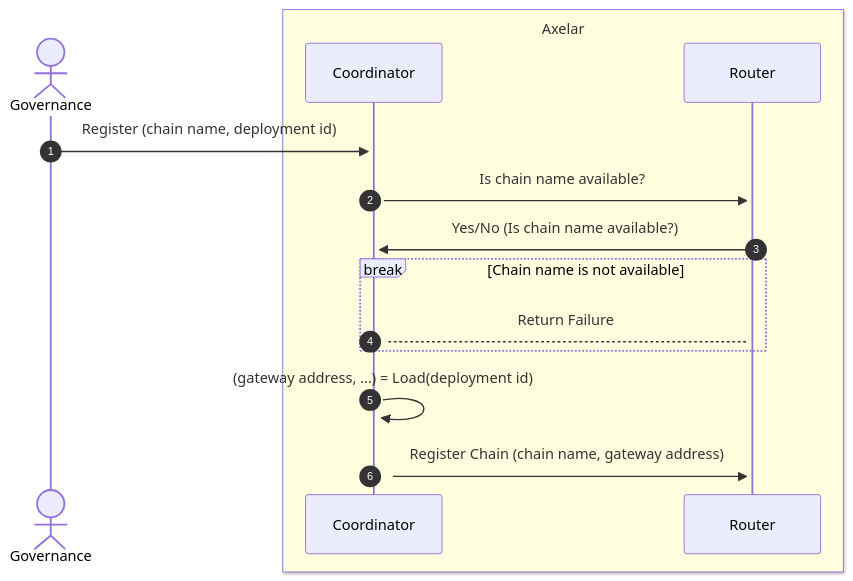
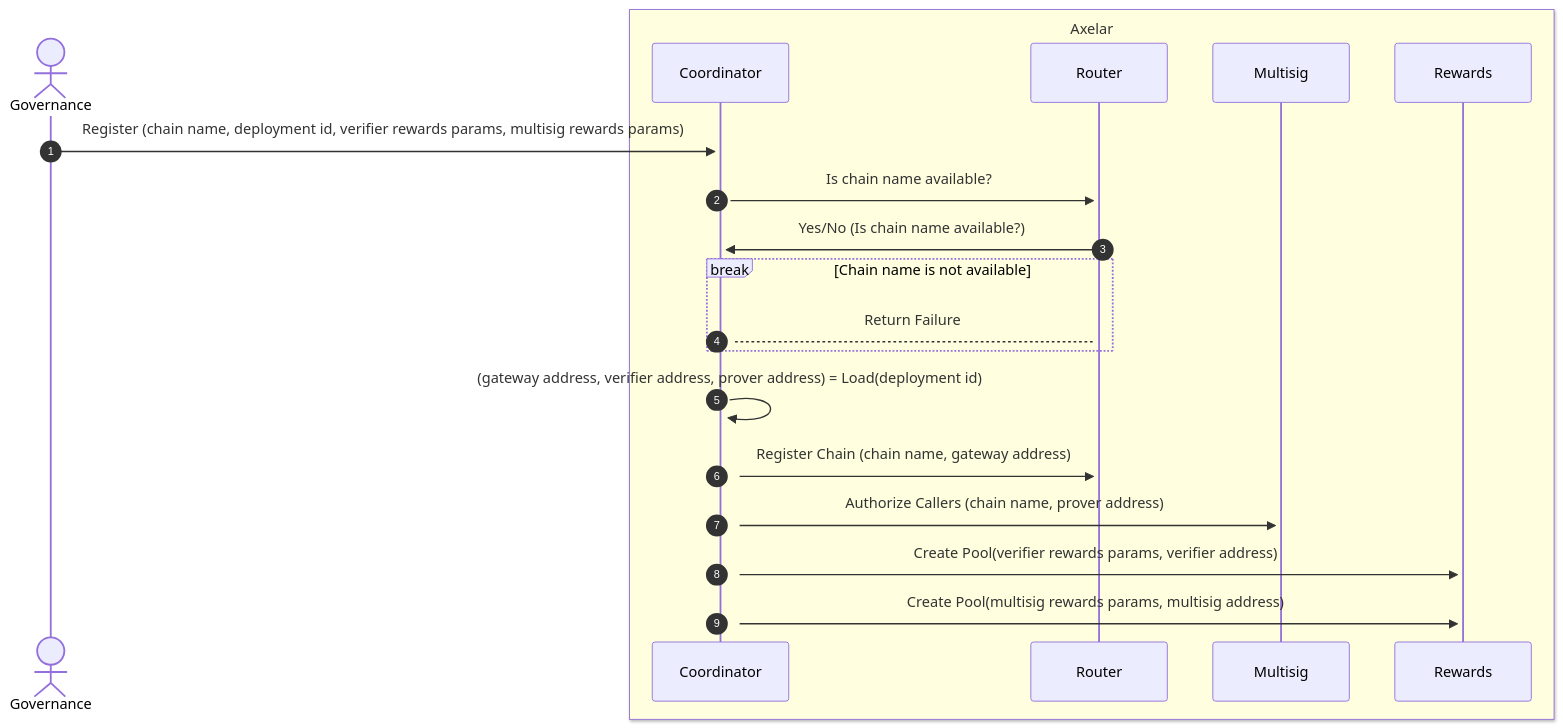
Before and after one commit to axelarnetwork/arcs: the second of 2 diagrams in arc-8.md, drawn with Mermaid. The commit also changed other lines of this file, not shown here.

Commit message:
incorperate multisig and rewards proposals

````diff
--- a/arc-8.md
+++ b/arc-8.md
@@ -84,19 +102,24 @@
 ```mermaid
 sequenceDiagram
 autonumber
 actor Governance
 box LightYellow Axelar
 participant Coordinator
 participant Router
+participant Multisig
+participant Rewards
 end
 
-Governance->>+Coordinator: Register (chain name, deployment id)
+Governance->>+Coordinator: Register (chain name, deployment id, verifier rewards params, multisig rewards params)
 Coordinator->>+Router: Is chain name available?
 Router->>+Coordinator: Yes/No (Is chain name available?)
 break Chain name is not available
  Coordinator-->Router: Return Failure
 end
-Coordinator->>+Coordinator: (gateway address, ...) = Load(deployment id)
+Coordinator->>+Coordinator: (gateway address, verifier address, prover address) = Load(deployment id)
 Coordinator->>+Router: Register Chain (chain name, gateway address)
+Coordinator->>+Multisig: Authorize Callers (chain name, prover address)
+Coordinator->>+Rewards: Create Pool(verifier rewards params, verifier address)
+Coordinator->>+Rewards: Create Pool(multisig rewards params, multisig address)
 
 ```
````
